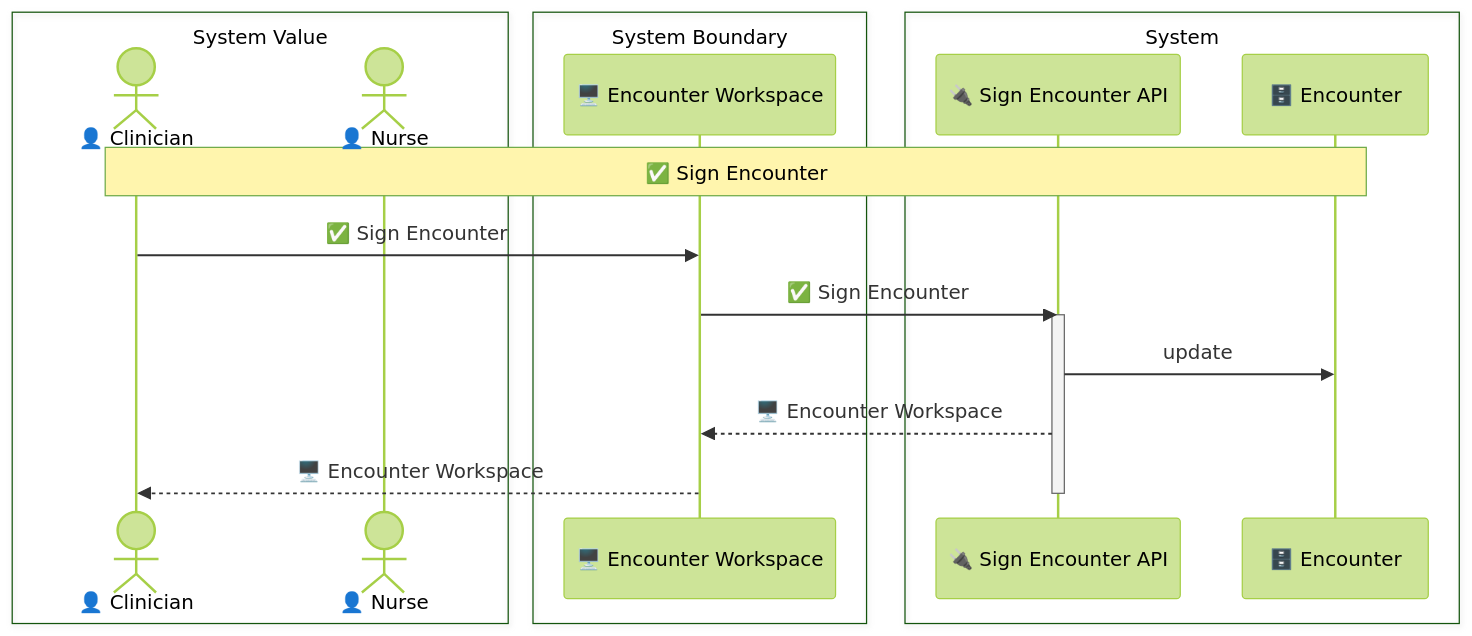
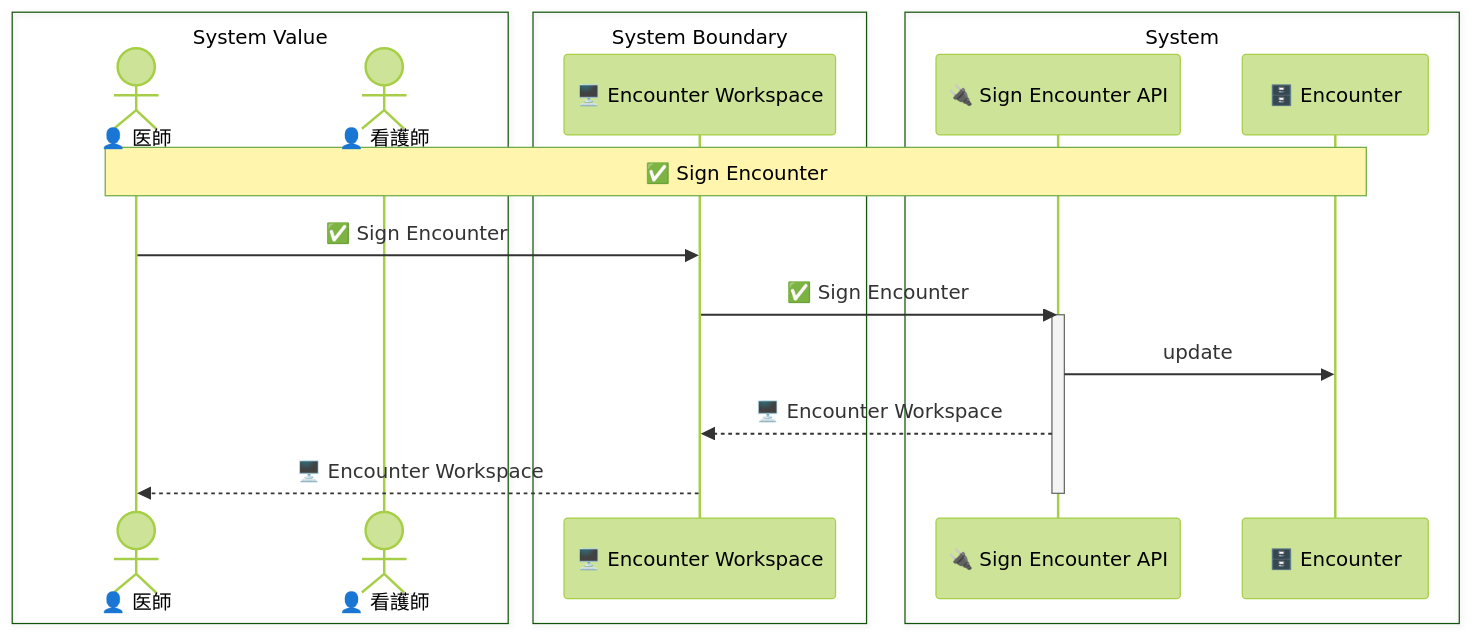
One commit to manji-0/rdra-ish-dsl changed the diagram in samples/clinic-ops/out/uc/sequence_sign_encounter.mmd. Above: the diagram before and after it, drawn with Mermaid (forest theme). The commit also changed 138 other files, not shown here.

```diff
--- a/samples/clinic-ops/out/uc/sequence_sign_encounter.mmd
+++ b/samples/clinic-ops/out/uc/sequence_sign_encounter.mmd
@@ -1,21 +1,21 @@
 sequenceDiagram
   box System Value
-    actor Clinician as 👤 Clinician
-    actor Nurse as 👤 Nurse
+    actor Clinician as 👤 医師
+    actor Nurse as 👤 看護師
   end
   box System Boundary
     participant EncounterWorkspaceScreen as 🖥️ Encounter Workspace
   end
   box System
     participant SignEncounterApi as 🔌 Sign Encounter API
     participant Encounter as 🗄️ Encounter
   end
 
   Note over Clinician,Encounter: ✅ Sign Encounter
   Clinician->>EncounterWorkspaceScreen: ✅ Sign Encounter
   EncounterWorkspaceScreen->>SignEncounterApi: ✅ Sign Encounter
   activate SignEncounterApi
   SignEncounterApi->>Encounter: update
   SignEncounterApi-->>EncounterWorkspaceScreen: 🖥️ Encounter Workspace
   EncounterWorkspaceScreen-->>Clinician: 🖥️ Encounter Workspace
   deactivate SignEncounterApi
```
